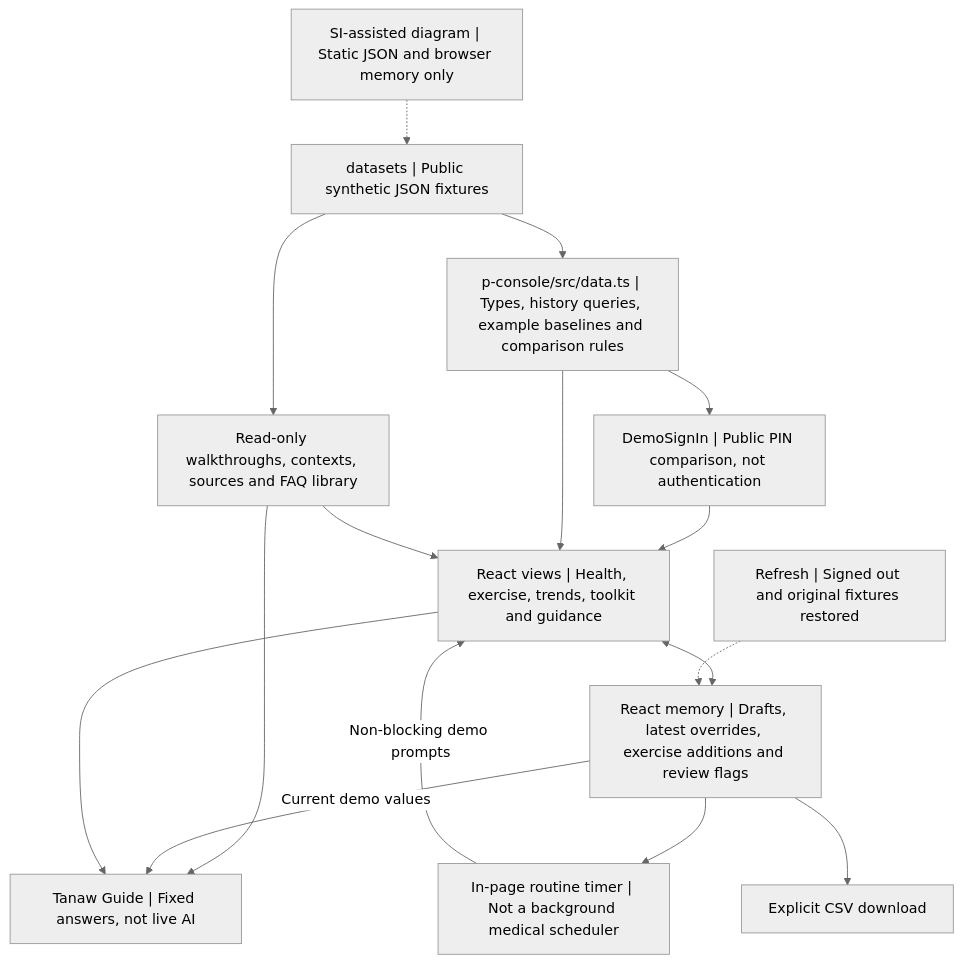
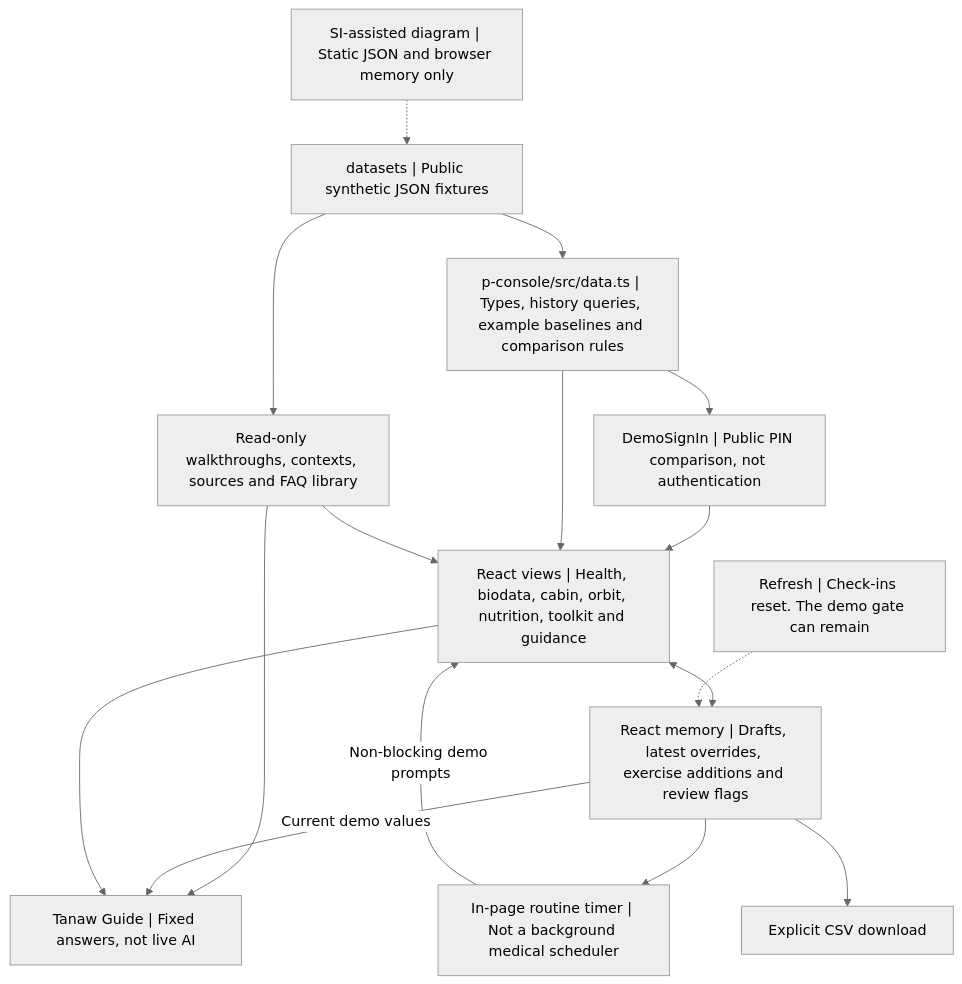
The diagram in docs/diagrams/system-architecture.mmd (AbreyMargaret/team-talapulse-tanaworbit), drawn with Mermaid (neutral theme) before and after one commit. The commit also changed 16 other files, not shown here.

```diff
--- a/docs/diagrams/system-architecture.mmd
+++ b/docs/diagrams/system-architecture.mmd
@@ -1,27 +1,27 @@
 flowchart TB
     LABEL["SI-assisted diagram | Static JSON and browser memory only"]
     JSON["datasets | Public synthetic JSON fixtures"]
     DATA["p-console/src/data.ts | Types, history queries, example baselines and comparison rules"]
     PIN["DemoSignIn | Public PIN comparison, not authentication"]
-    UI["React views | Health, exercise, trends, toolkit and guidance"]
+    UI["React views | Health, biodata, cabin, orbit, nutrition, toolkit and guidance"]
     KNOWLEDGE["Read-only walkthroughs, contexts, sources and FAQ library"]
     GUIDE["Tanaw Guide | Fixed answers, not live AI"]
     ROUTINE["In-page routine timer | Not a background medical scheduler"]
     RAM["React memory | Drafts, latest overrides, exercise additions and review flags"]
     CSV["Explicit CSV download"]
-    RESET["Refresh | Signed out and original fixtures restored"]
+    RESET["Refresh | Check-ins reset. The demo gate can remain"]
     LABEL -.-> JSON
     JSON --> DATA
     DATA --> PIN
     PIN --> UI
     DATA --> UI
     UI <--> RAM
     JSON --> KNOWLEDGE
     KNOWLEDGE --> UI
     KNOWLEDGE --> GUIDE
     RAM -->|Current demo values| GUIDE
     UI --> GUIDE
     RAM --> ROUTINE
     ROUTINE -->|Non-blocking demo prompts| UI
     RAM --> CSV
     RESET -.-> RAM
```
